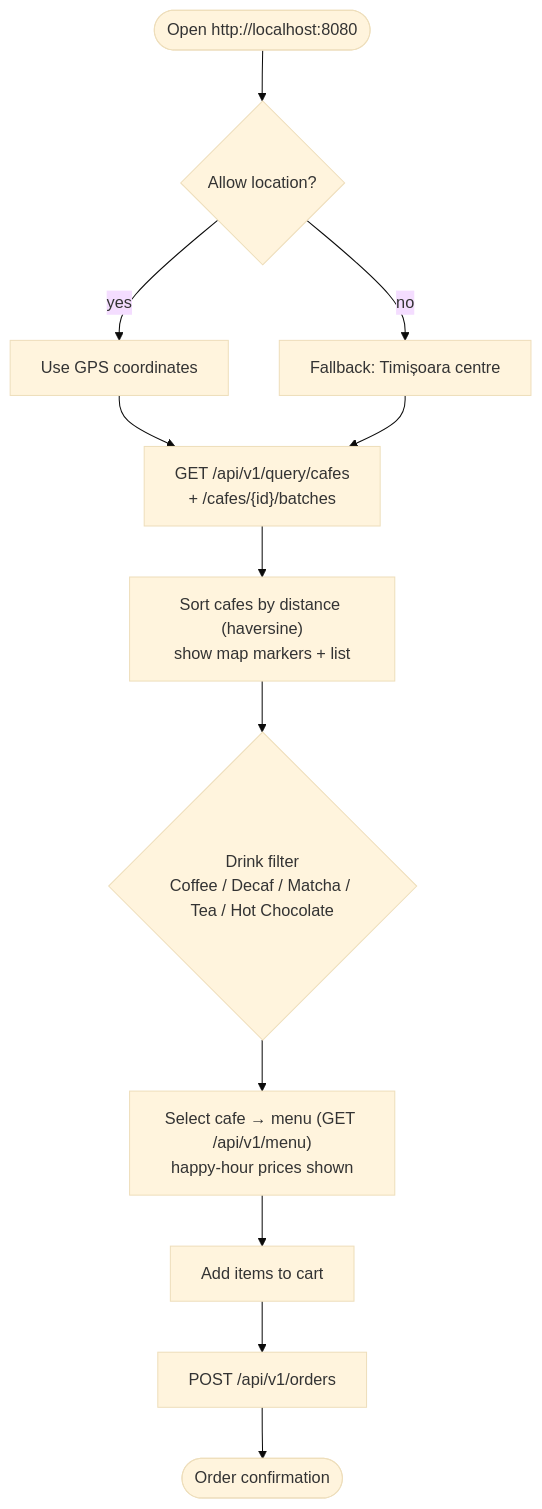
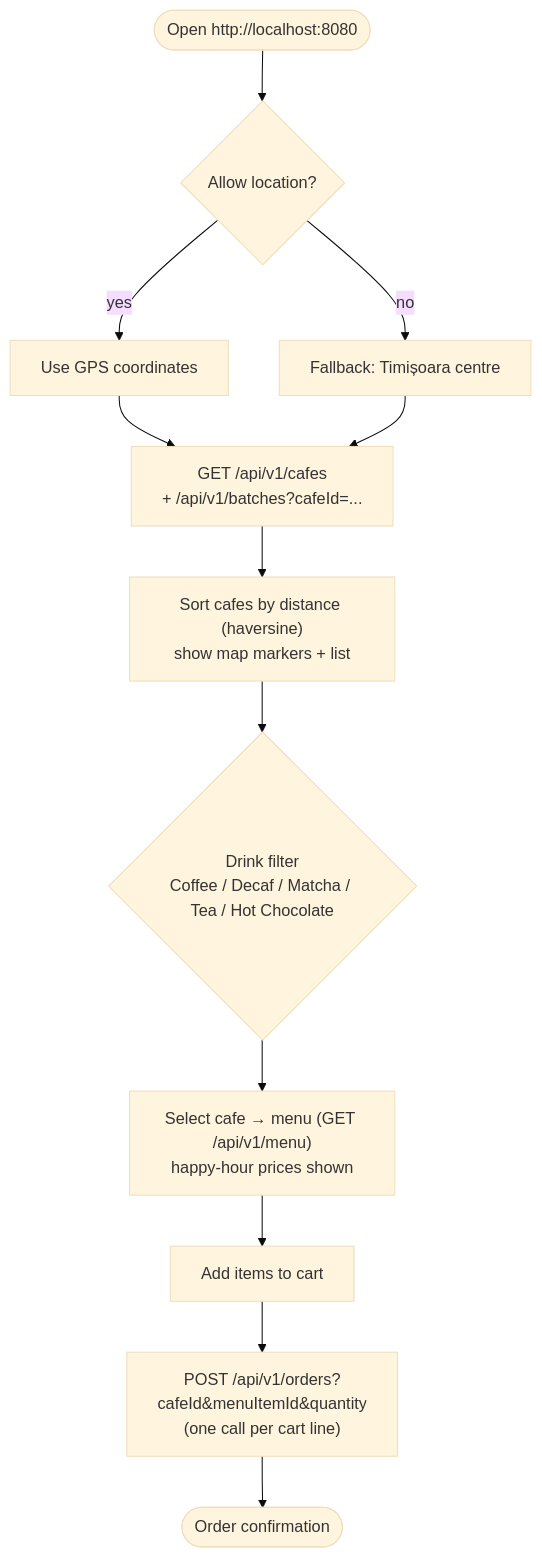
The first of 2 diagrams in docs/client-app.md (ShoebillPCBE/Specialty-Coffee-Roastery-and-Cafe-Network), drawn with Mermaid (base theme) before and after one commit. The commit also changed 10 other files, not shown here.

````diff
--- a/docs/client-app.md
+++ b/docs/client-app.md
@@ -7,13 +7,13 @@
 ```mermaid
 flowchart TD
     open([Open http://localhost:8080]) --> gps{"Allow location?"}
     gps -- yes --> pos["Use GPS coordinates"]
     gps -- no --> def["Fallback: Timișoara centre"]
-    pos & def --> load["GET /api/v1/query/cafes<br/>+ /cafes/{id}/batches"]
+    pos & def --> load["GET /api/v1/cafes<br/>+ /api/v1/batches?cafeId=..."]
     load --> sort["Sort cafes by distance (haversine)<br/>show map markers + list"]
     sort --> filter{"Drink filter<br/>Coffee / Decaf / Matcha / Tea / Hot Chocolate"}
     filter --> pick["Select cafe → menu (GET /api/v1/menu)<br/>happy-hour prices shown"]
     pick --> cart["Add items to cart"]
-    cart --> order["POST /api/v1/orders"]
+    cart --> order["POST /api/v1/orders?cafeId&menuItemId&quantity<br/>(one call per cart line)"]
     order --> done(["Order confirmation"])
 ```
````
